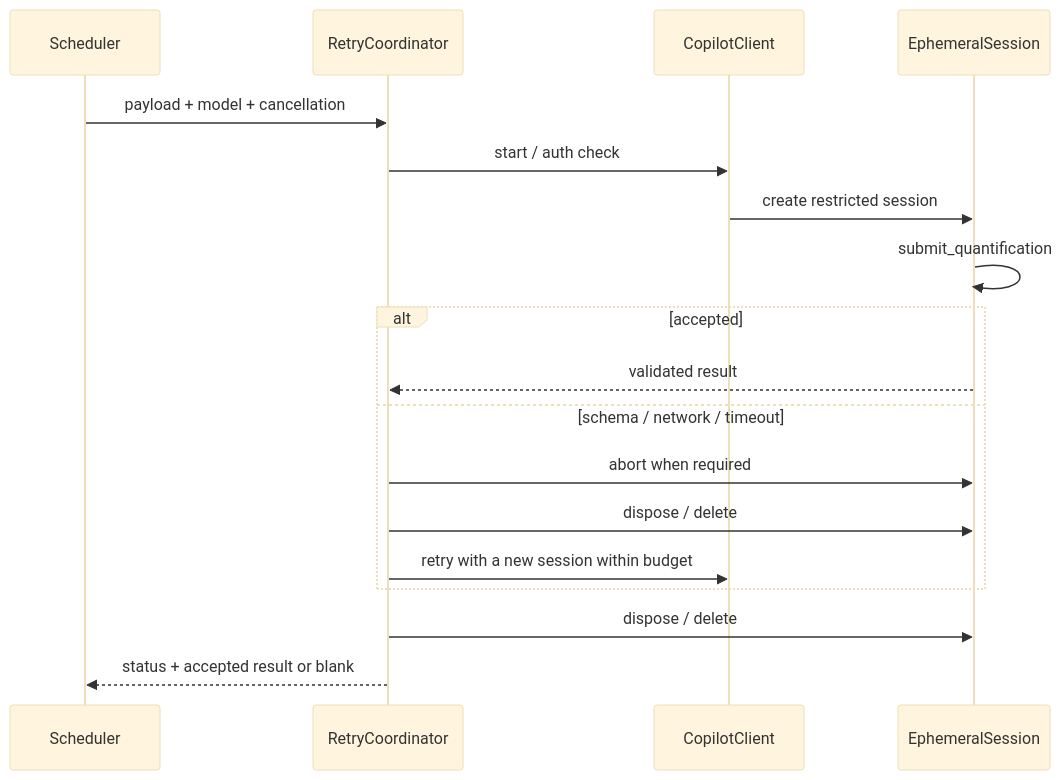
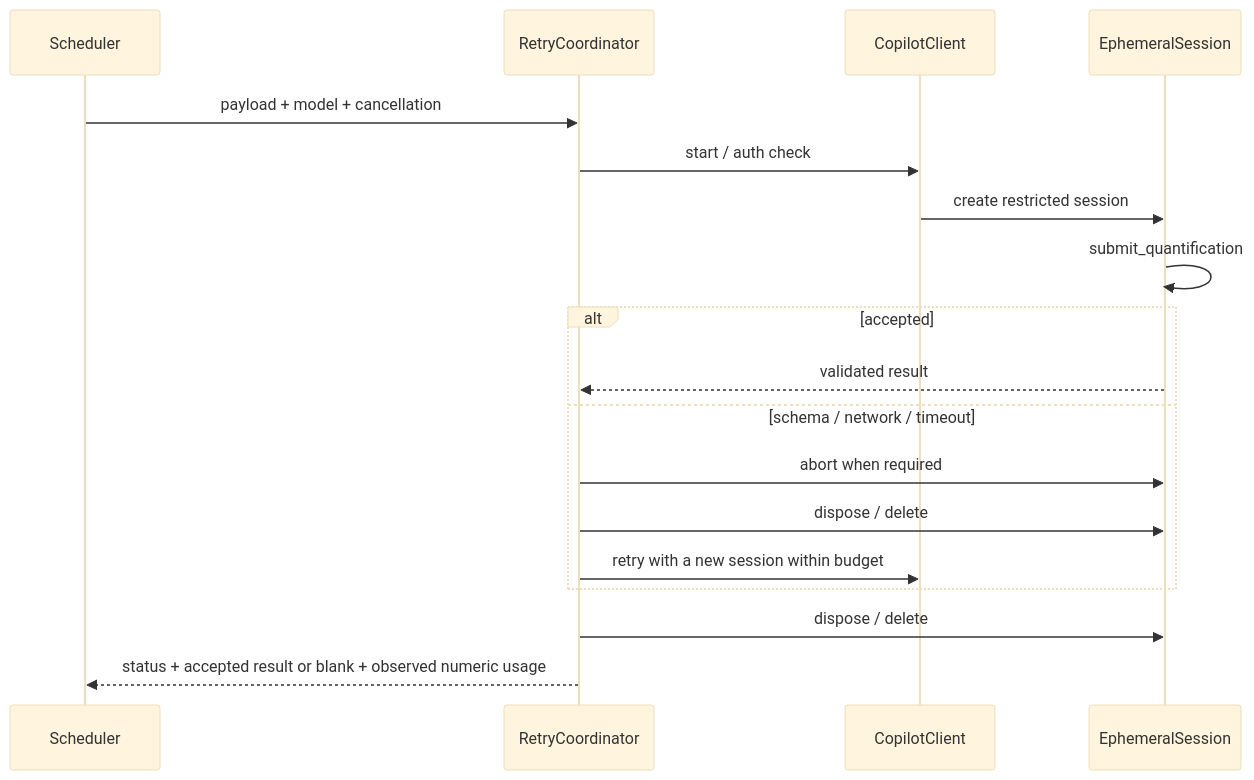
One commit to dahatake/StudyReport-Evaluator changed the fourth of 4 diagrams in docs-dev/architecture.md. Above: the diagram before and after it, drawn with Mermaid (base theme). The commit also changed other lines of this file and 16 other files, not shown here.

````diff
--- a/docs-dev/architecture.md
+++ b/docs-dev/architecture.md
@@ -96,20 +96,20 @@
 ```mermaid
 sequenceDiagram
     participant S as Scheduler
     participant R as RetryCoordinator
     participant C as CopilotClient
     participant E as EphemeralSession
     S->>R: payload + model + cancellation
     R->>C: start / auth check
     C->>E: create restricted session
     E->>E: submit_quantification
     alt accepted
         E-->>R: validated result
     else schema / network / timeout
         R->>E: abort when required
         R->>E: dispose / delete
         R->>C: retry with a new session within budget
     end
     R->>E: dispose / delete
-    R-->>S: status + accepted result or blank
+    R-->>S: status + accepted result or blank + observed numeric usage
 ```
````
